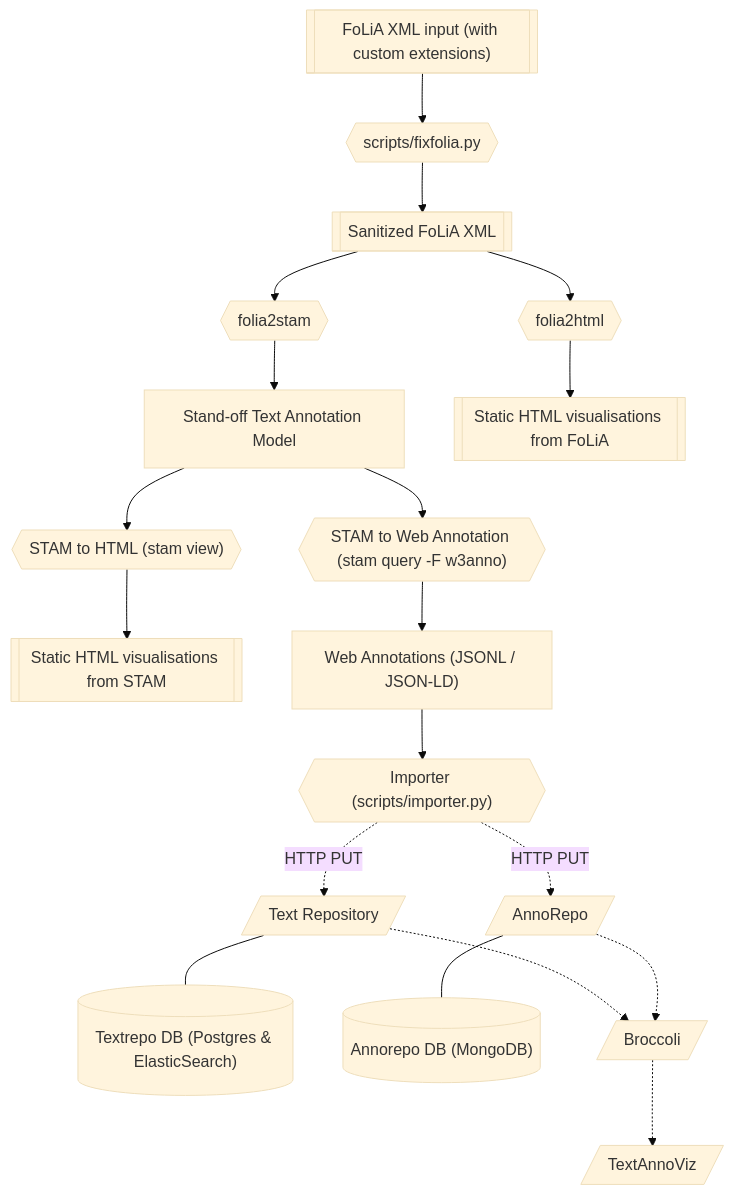
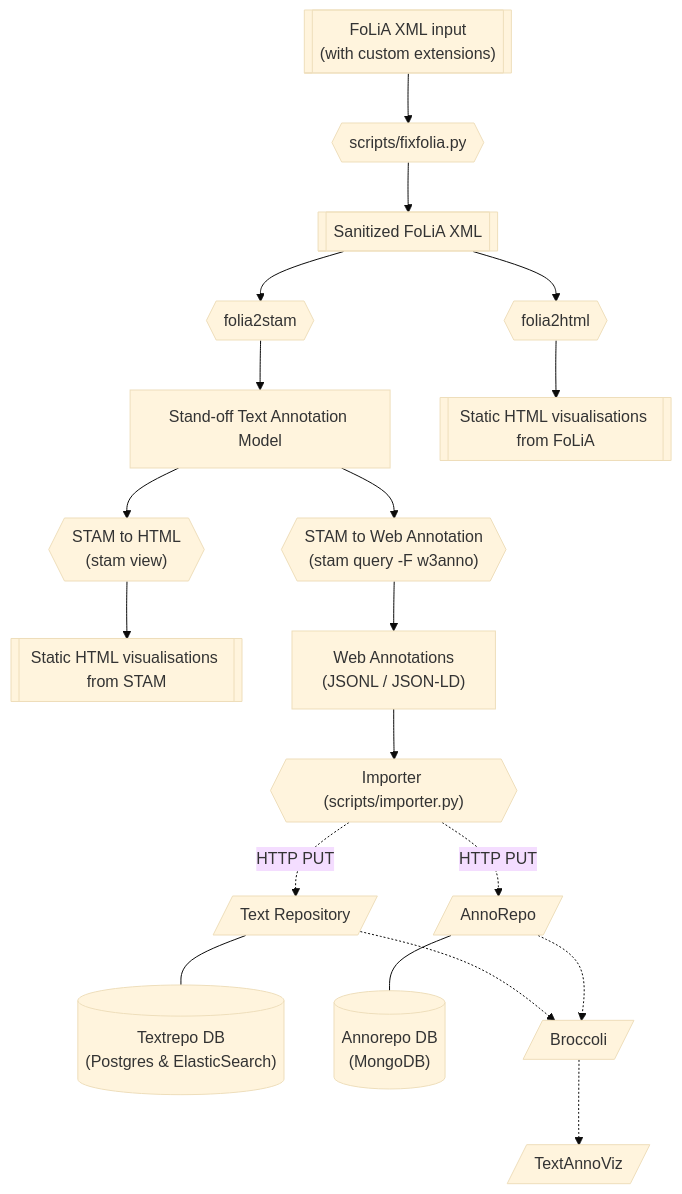
One commit to knaw-huc/brieven-van-hooft-pipeline changed the diagram in README.md. Above: the diagram before and after it, drawn with Mermaid (base theme). The commit also changed other lines of this file, not shown here.

Commit message:
README: diagram update

````diff
--- a/README.md
+++ b/README.md
@@ -86,41 +86,41 @@
 ```mermaid
 flowchart TD
-    folia_input[["FoLiA XML input (with custom extensions)"]]
+    folia_input[["FoLiA XML input\n(with custom extensions)"]]
     folia_fixed[[Sanitized FoLiA XML]]
     fixfolia{{scripts/fixfolia.py}}
     folia2stam{{folia2stam}}
     stamstore[Stand-off Text Annotation Model]
-    stamview{{"STAM to HTML (stam view)"}}
+    stamview{{"STAM to HTML\n(stam view)"}}
     stamhtml[["Static HTML visualisations from STAM"]]
     folia2html{{folia2html}}
     foliahtml[["Static HTML visualisations from FoLiA"]]
-    stam2webanno{{"STAM to Web Annotation (stam query -F w3anno)"}}
-    webanno["Web Annotations (JSONL / JSON-LD)"]
+    stam2webanno{{"STAM to Web Annotation\n(stam query -F w3anno)"}}
+    webanno["Web Annotations\n(JSONL / JSON-LD)"]
     importer{{"Importer (scripts/importer.py)"}}
     textrepo[/Text Repository/]
-    textrepodb[("Textrepo DB (Postgres & ElasticSearch)")]
+    textrepodb[("Textrepo DB\n(Postgres & ElasticSearch)")]
     annorepo[/AnnoRepo/]
-    annorepodb[("Annorepo DB (MongoDB)")]
+    annorepodb[("Annorepo DB\n(MongoDB)")]
     broccoli[/Broccoli/]
     textannoviz[/TextAnnoViz/]
 
 
     folia_input --> fixfolia 
     fixfolia --> folia_fixed
     folia_fixed --> folia2stam
     folia_fixed --> folia2html
     folia2html --> foliahtml
     folia2stam --> stamstore
     stamstore --> stamview
     stamview --> stamhtml
     stamstore --> stam2webanno
     stam2webanno --> webanno
     webanno --> importer
     importer -. "HTTP PUT" .-> textrepo
     importer -. "HTTP PUT" .-> annorepo
     textrepo -.-> broccoli
     textrepo --- textrepodb
     annorepo --- annorepodb
     annorepo -.-> broccoli
     broccoli -.-> textannoviz
 ```
````
